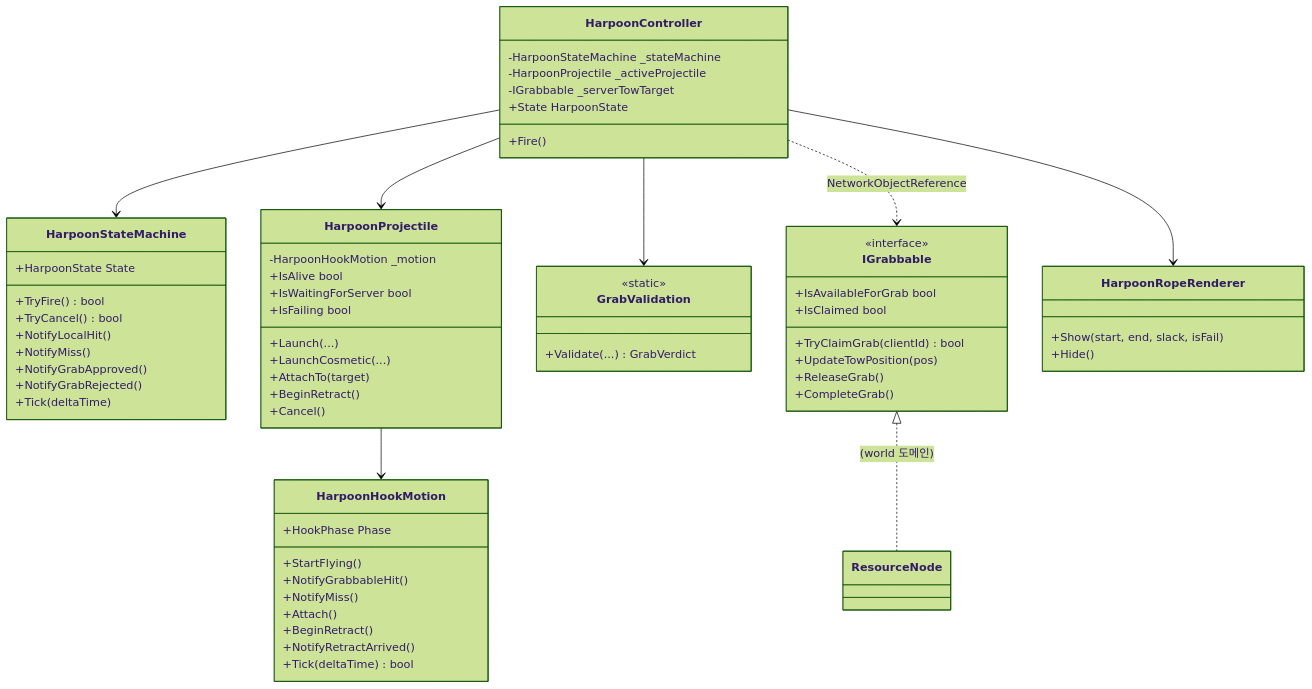
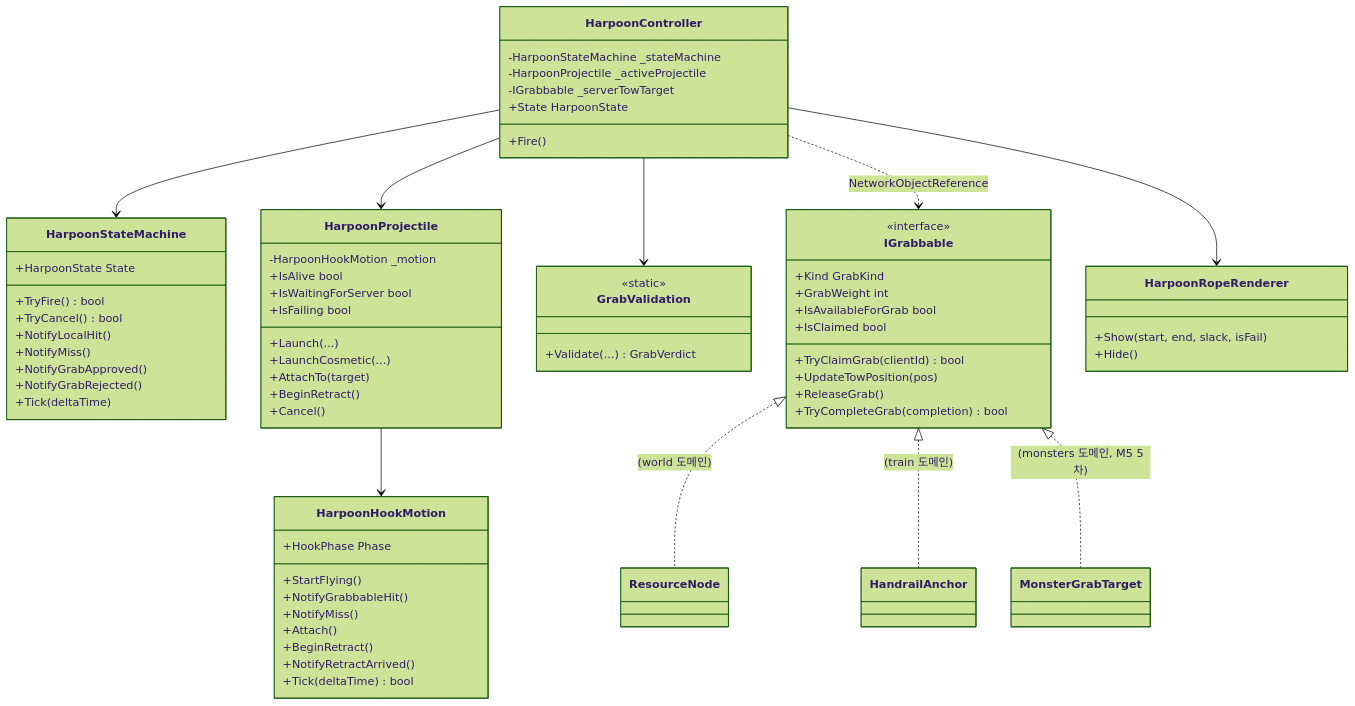
Before and after one commit to hanwoolhanwool/Train-Survival: the first of 3 diagrams in docs/specs/harpoon/grapple-pipeline.md, drawn with Mermaid (forest theme). The commit also changed other lines of this file and 4 other files, not shown here.

````diff
--- a/docs/specs/harpoon/grapple-pipeline.md
+++ b/docs/specs/harpoon/grapple-pipeline.md
@@ -46,65 +46,69 @@
 ```mermaid
 classDiagram
     class HarpoonController {
         -HarpoonStateMachine _stateMachine
         -HarpoonProjectile _activeProjectile
         -IGrabbable _serverTowTarget
         +Fire()
         +State HarpoonState
     }
     class HarpoonStateMachine {
         +HarpoonState State
         +TryFire() bool
         +TryCancel() bool
         +NotifyLocalHit()
         +NotifyMiss()
         +NotifyGrabApproved()
         +NotifyGrabRejected()
         +Tick(deltaTime)
     }
     class HarpoonProjectile {
         -HarpoonHookMotion _motion
         +Launch(...)
         +LaunchCosmetic(...)
         +AttachTo(target)
         +BeginRetract()
         +Cancel()
         +IsAlive bool
         +IsWaitingForServer bool
         +IsFailing bool
     }
     class HarpoonHookMotion {
         +HookPhase Phase
         +StartFlying()
         +NotifyGrabbableHit()
         +NotifyMiss()
         +Attach()
         +BeginRetract()
         +NotifyRetractArrived()
         +Tick(deltaTime) bool
     }
     class GrabValidation {
         <<static>>
         +Validate(...) GrabVerdict
     }
     class IGrabbable {
         <<interface>>
+        +Kind GrabKind
+        +GrabWeight int
         +IsAvailableForGrab bool
         +IsClaimed bool
         +TryClaimGrab(clientId) bool
         +UpdateTowPosition(pos)
         +ReleaseGrab()
-        +CompleteGrab()
+        +TryCompleteGrab(completion) bool
     }
     class HarpoonRopeRenderer {
         +Show(start, end, slack, isFail)
         +Hide()
     }
     HarpoonController --> HarpoonStateMachine
     HarpoonController --> HarpoonProjectile
     HarpoonController --> HarpoonRopeRenderer
     HarpoonController --> GrabValidation
     HarpoonController ..> IGrabbable : NetworkObjectReference
     HarpoonProjectile --> HarpoonHookMotion
     IGrabbable <|.. ResourceNode : (world 도메인)
+    IGrabbable <|.. HandrailAnchor : (train 도메인)
+    IGrabbable <|.. MonsterGrabTarget : (monsters 도메인, M5 5차)
 ```
````
